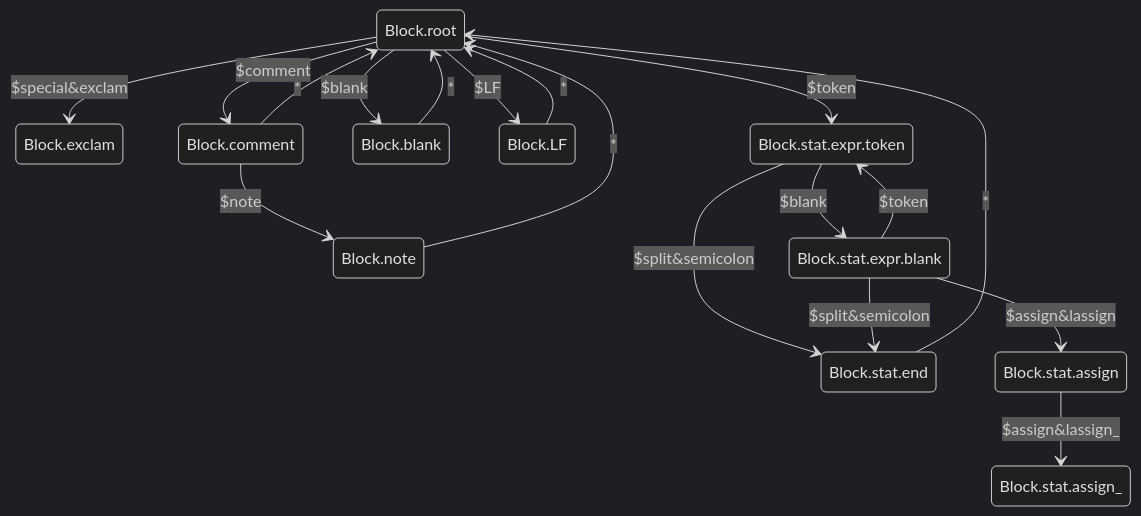
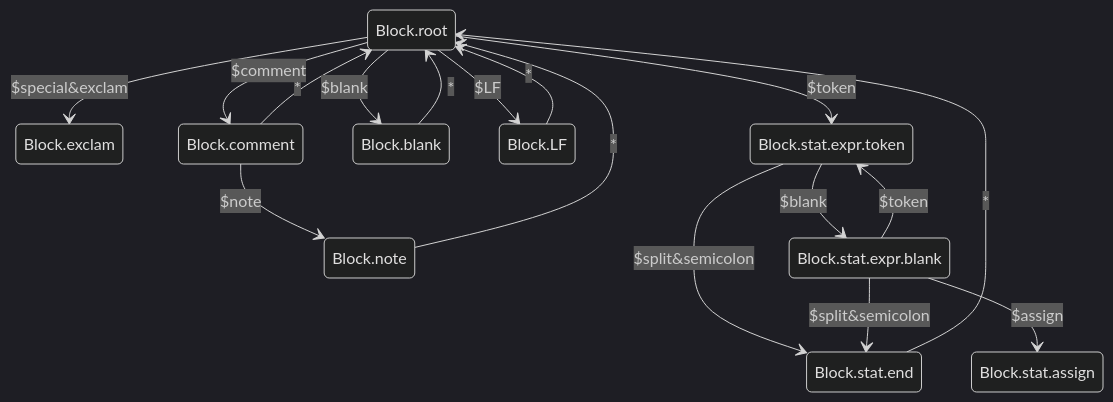
One commit to neknaj/nlps changed the third of 3 diagrams in spec/nlp-parser-statetransition.md. Above: the diagram before and after it, drawn with Mermaid (dark theme). The commit also changed 3 other files, not shown here.

````diff
--- a/spec/nlp-parser-statetransition.md
+++ b/spec/nlp-parser-statetransition.md
@@ -108,25 +108,23 @@
 ```mermaid
 stateDiagram-v2
 
 Block.root --> Block.exclam: $special&exclam
 Block.root --> Block.comment: $comment
 Block.root --> Block.blank: $blank
 Block.root --> Block.LF: $LF
 Block.root --> Block.stat.expr.token: $token
 
 Block.comment --> Block.note: $note
 Block.comment --> Block.root: *
 Block.note --> Block.root: *
 Block.blank --> Block.root: *
 Block.LF --> Block.root: *
 
 Block.stat.expr.token --> Block.stat.expr.blank: $blank
 Block.stat.expr.token --> Block.stat.end: $split&semicolon
 Block.stat.expr.blank --> Block.stat.expr.token: $token
 Block.stat.expr.blank --> Block.stat.end: $split&semicolon
-Block.stat.expr.blank --> Block.stat.assign: $assign&lassign
-
-Block.stat.assign --> Block.stat.assign_: $assign&lassign_
+Block.stat.expr.blank --> Block.stat.assign: $assign
 
 Block.stat.end --> Block.root: *
 ```
````
